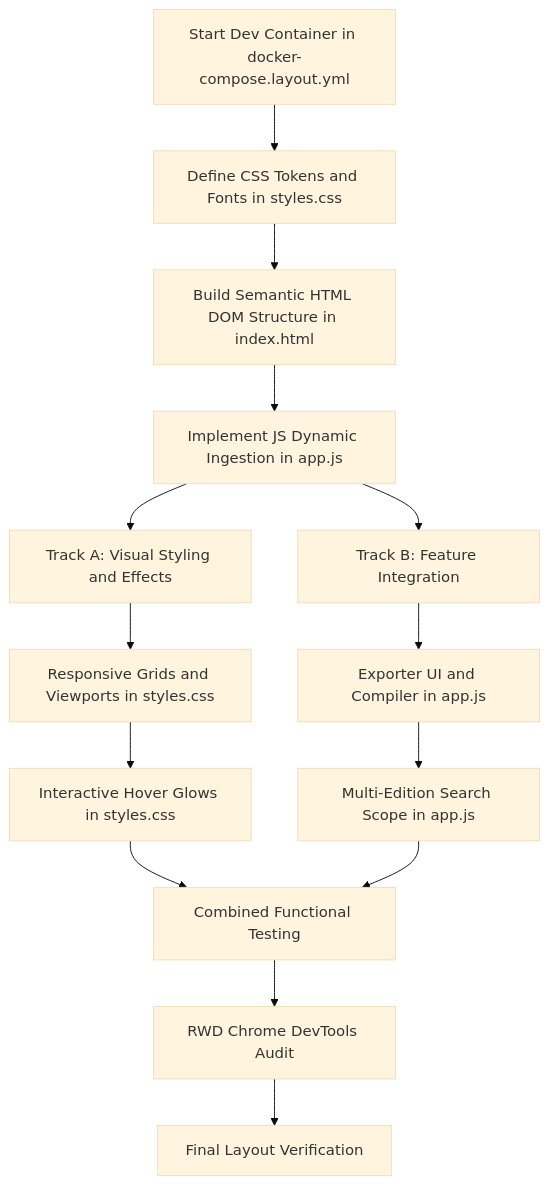
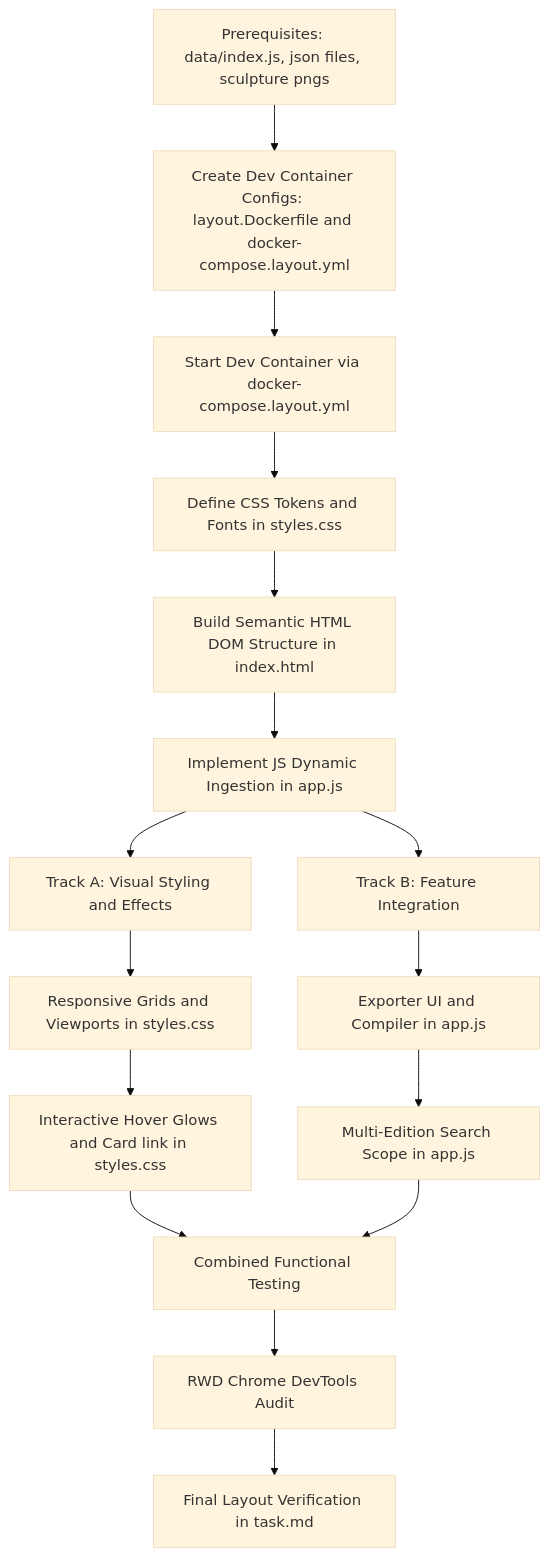
Before and after one commit to hrvthgergo/ai-chronicle-hub: the diagram in .agents/plans/newsletter/phase-2-implementation-map.md, drawn with Mermaid (base theme). The commit also changed other lines of this file, not shown here.

````diff
--- a/.agents/plans/newsletter/phase-2-implementation-map.md
+++ b/.agents/plans/newsletter/phase-2-implementation-map.md
@@ -11,25 +26,29 @@
 ```mermaid
 graph TD
+    %% Prerequisites and Configs
+    Prereq[Prerequisites: data/index.js, json files, sculpture pngs] --> S0[Create Dev Container Configs: layout.Dockerfile and docker-compose.layout.yml]
+    S0 --> S1[Start Dev Container via docker-compose.layout.yml]
+    
     %% Sequential Core Setup
-    S1[Start Dev Container in docker-compose.layout.yml] --> S2[Define CSS Tokens and Fonts in styles.css]
+    S1 --> S2[Define CSS Tokens and Fonts in styles.css]
     S2 --> S3[Build Semantic HTML DOM Structure in index.html]
     S3 --> S4[Implement JS Dynamic Ingestion in app.js]
     
     %% Split into Parallel Tracks
     S4 --> P1_Track[Track A: Visual Styling and Effects]
     S4 --> P2_Track[Track B: Feature Integration]
     
     %% Parallel Track A: Visuals
     P1_Track --> S5[Responsive Grids and Viewports in styles.css]
-    S5 --> S6[Interactive Hover Glows in styles.css]
+    S5 --> S6[Interactive Hover Glows and Card link in styles.css]
     
     %% Parallel Track B: Features
     P2_Track --> S7[Exporter UI and Compiler in app.js]
     S7 --> S8[Multi-Edition Search Scope in app.js]
     
     %% Join for Verification
     S6 --> V1[Combined Functional Testing]
     S8 --> V1
     V1 --> V2[RWD Chrome DevTools Audit]
-    V2 --> V3[Final Layout Verification]
+    V2 --> V3[Final Layout Verification in task.md]
 ```
````
